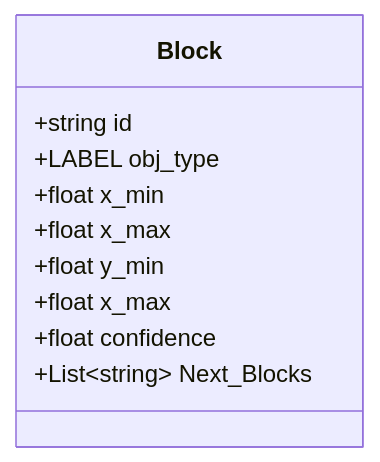
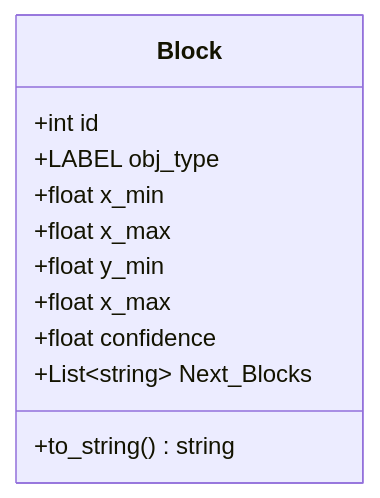
The diagram in README.md (alochimpasplum/Sidekick-S-TFG), drawn with Mermaid before and after one commit. The commit also changed 8 other files, not shown here.

````diff
--- a/README.md
+++ b/README.md
@@ -3,12 +3,13 @@
 ```mermaid
 classDiagram
     class Block
-    Block: +string id
+    Block: +int id
     Block: +LABEL obj_type
     Block: +float x_min
     Block: +float x_max
     Block: +float y_min
     Block: +float x_max
     Block: +float confidence
     Block: +List~string~ Next_Blocks
+    Block: +to_string() string
 ```
````
